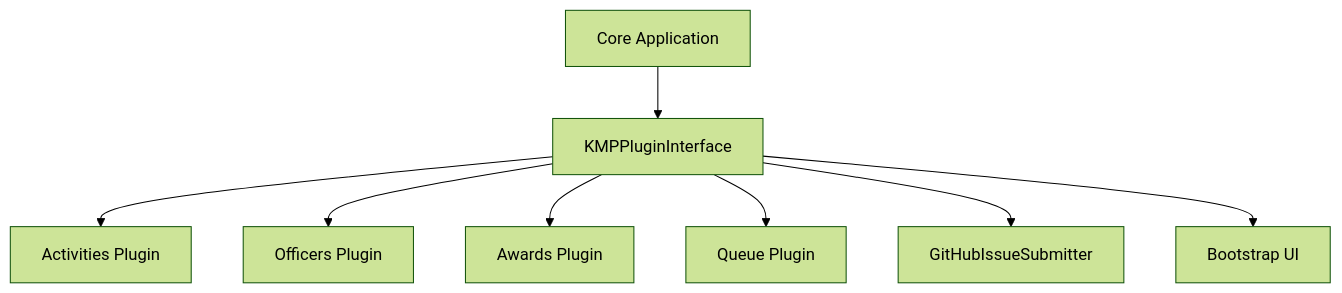
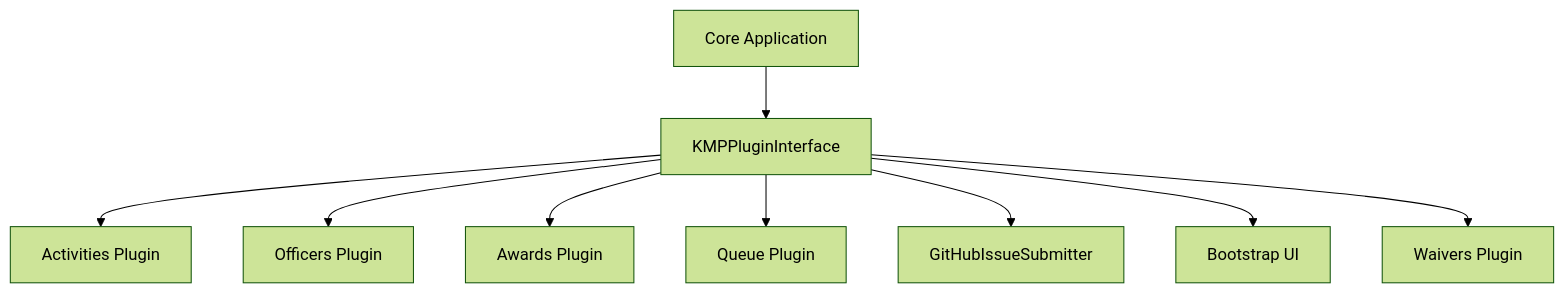
The fourth of 9 diagrams in docs/3-architecture.md (Ansteorra/KMP), drawn with Mermaid (forest theme) before and after one commit. The commit also changed other lines of this file and 212 other files, not shown here.

````diff
--- a/docs/3-architecture.md
+++ b/docs/3-architecture.md
@@ -147,10 +148,11 @@
 ```mermaid
 graph TD
     Core[Core Application] --> PluginInterface[KMPPluginInterface]
     PluginInterface --> Activities[Activities Plugin]
     PluginInterface --> Officers[Officers Plugin]
     PluginInterface --> Awards[Awards Plugin]
     PluginInterface --> Queue[Queue Plugin]
     PluginInterface --> GitHubIssue[GitHubIssueSubmitter]
     PluginInterface --> Bootstrap[Bootstrap UI]
+    PluginInterface --> Waivers[Waivers Plugin]
 ```
````
